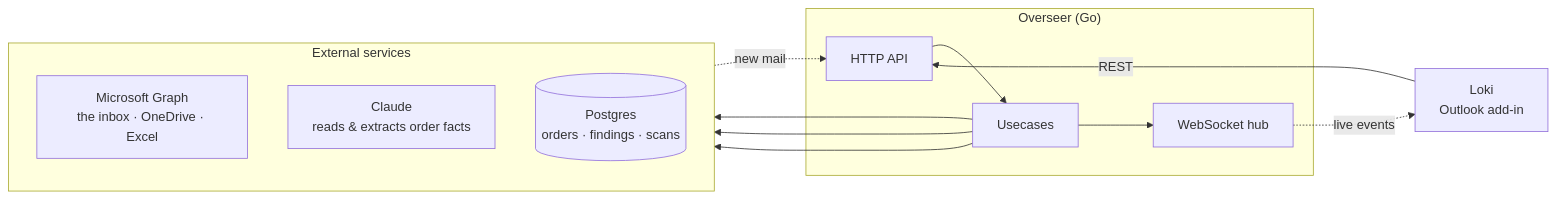
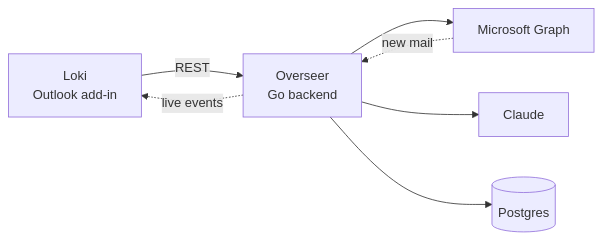
Before and after one commit to cabrerajulian401/Overseer-ThirdEye: the first of 2 diagrams in README.md, drawn with Mermaid.

Commit message:
docs: condense architecture diagram to 5 nodes

````diff
--- a/README.md
+++ b/README.md
@@ -15,26 +15,15 @@
 ```mermaid
 flowchart LR
     Loki["Loki<br/>Outlook add-in"]
+    OV["Overseer<br/>Go backend"]
+    MSG["Microsoft Graph"]
+    CLAUDE["Claude"]
+    PG[("Postgres")]
 
-    subgraph Overseer["Overseer (Go)"]
-        HTTP["HTTP API"]
-        UC["Usecases"]
-        WS["WebSocket hub"]
-    end
-
-    subgraph Services["External services"]
-        direction TB
-        MSG["Microsoft Graph<br/>the inbox · OneDrive · Excel"]
-        CLAUDE["Claude<br/>reads & extracts order facts"]
-        PG[("Postgres<br/>orders · findings · scans")]
-    end
-
-    Loki -->|"REST"| HTTP
-    HTTP --> UC
-    UC --> MSG
-    UC --> CLAUDE
-    UC --> PG
-    UC --> WS
-    WS -.->|"live events"| Loki
-    MSG -.->|"new mail"| HTTP
+    Loki -->|"REST"| OV
+    OV -.->|"live events"| Loki
+    OV --> MSG
+    OV --> CLAUDE
+    OV --> PG
+    MSG -.->|"new mail"| OV
 ```
````
